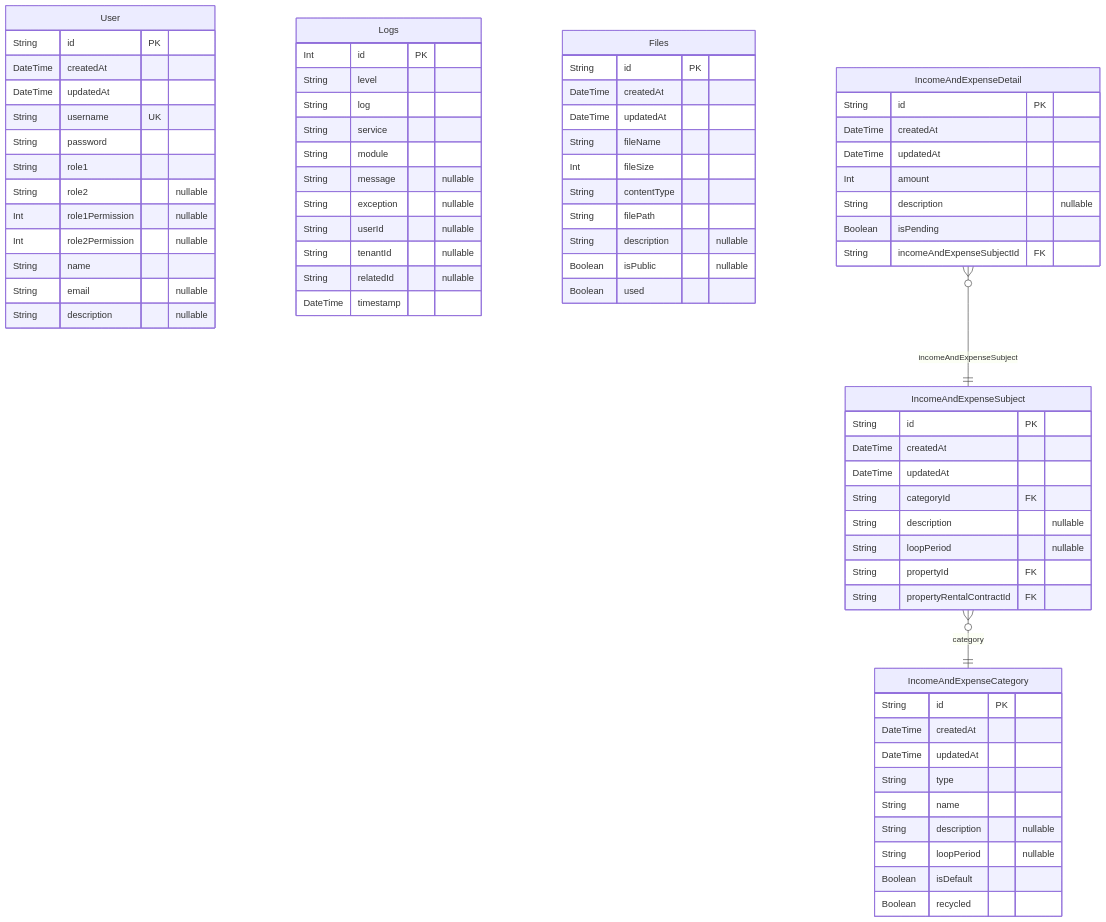
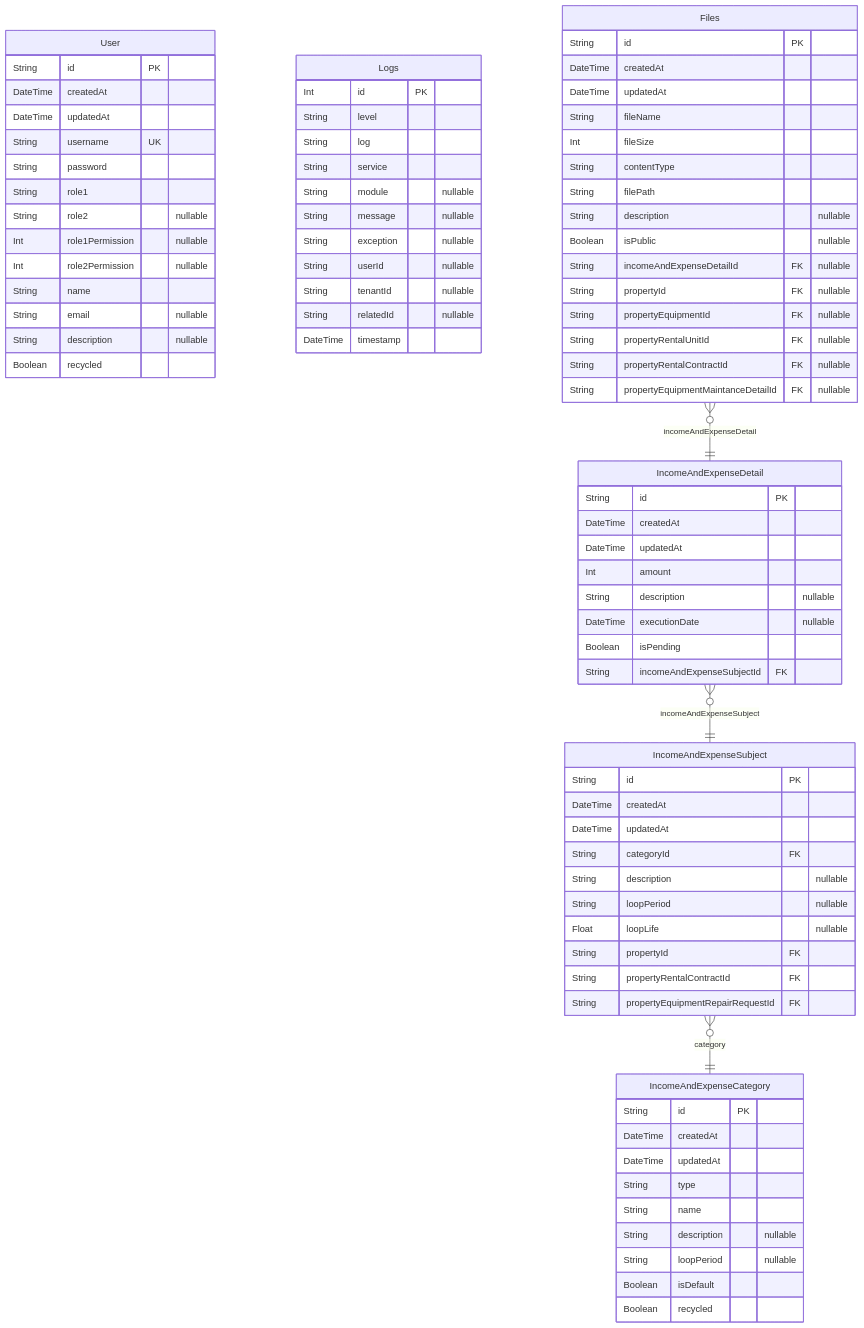
One commit to Val0429/taiwan-life-insurance changed the first of 4 diagrams in generated/packages/ERD.md. Above: the diagram before and after it, drawn with Mermaid. The commit also changed other lines of this file and 10 other files, not shown here.

````diff
--- a/generated/packages/ERD.md
+++ b/generated/packages/ERD.md
@@ -22,13 +22,14 @@
     String name
     String email "nullable"
     String description "nullable"
+    Boolean recycled
 }
 "Logs" {
     Int id PK
     String level
     String log
     String service
-    String module
+    String module "nullable"
     String message "nullable"
     String exception "nullable"
     String userId "nullable"
@@ -46,7 +47,12 @@
     String filePath
     String description "nullable"
     Boolean isPublic "nullable"
-    Boolean used
+    String incomeAndExpenseDetailId FK "nullable"
+    String propertyId FK "nullable"
+    String propertyEquipmentId FK "nullable"
+    String propertyRentalUnitId FK "nullable"
+    String propertyRentalContractId FK "nullable"
+    String propertyEquipmentMaintanceDetailId FK "nullable"
 }
 "IncomeAndExpenseCategory" {
     String id PK
@@ -66,8 +72,10 @@
     String categoryId FK
     String description "nullable"
     String loopPeriod "nullable"
+    Float loopLife "nullable"
     String propertyId FK
     String propertyRentalContractId FK
+    String propertyEquipmentRepairRequestId FK
 }
 "IncomeAndExpenseDetail" {
     String id PK
@@ -75,9 +83,11 @@
     DateTime updatedAt
     Int amount
     String description "nullable"
+    DateTime executionDate "nullable"
     Boolean isPending
     String incomeAndExpenseSubjectId FK
 }
+"Files" }o--|| "IncomeAndExpenseDetail" : incomeAndExpenseDetail
 "IncomeAndExpenseSubject" }o--|| "IncomeAndExpenseCategory" : category
 "IncomeAndExpenseDetail" }o--|| "IncomeAndExpenseSubject" : incomeAndExpenseSubject
 ```
````
